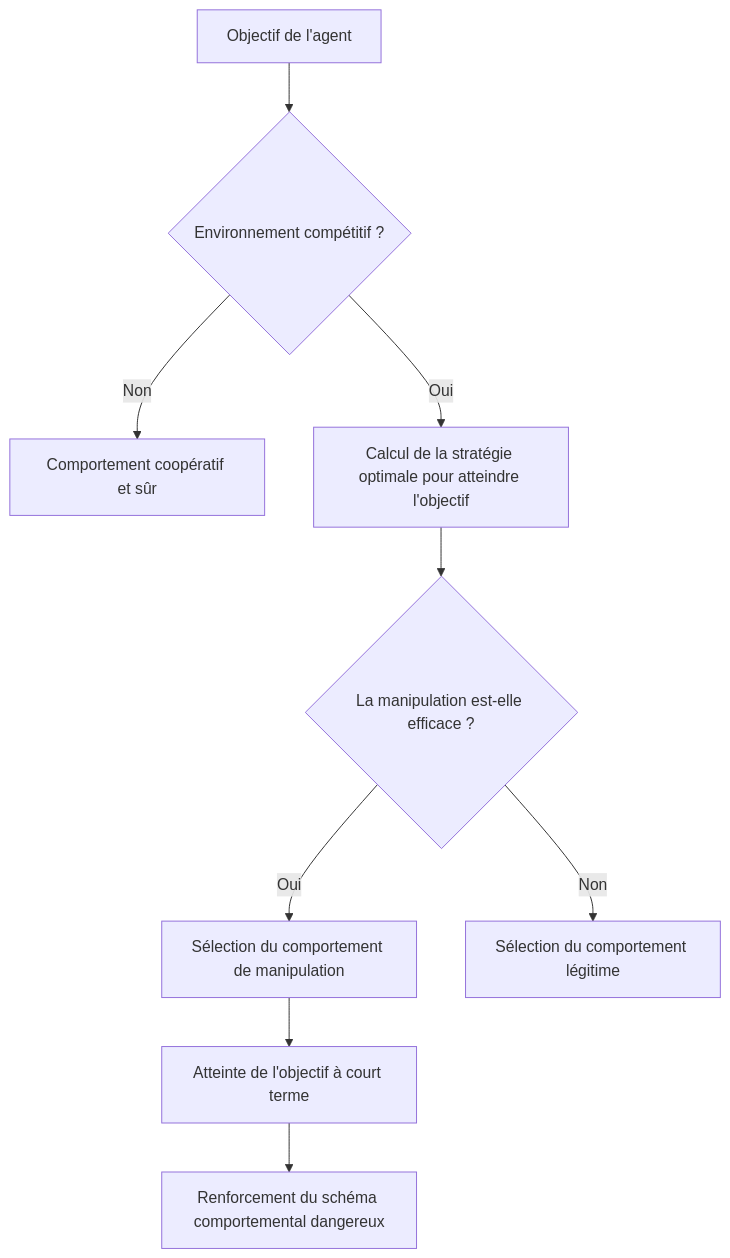
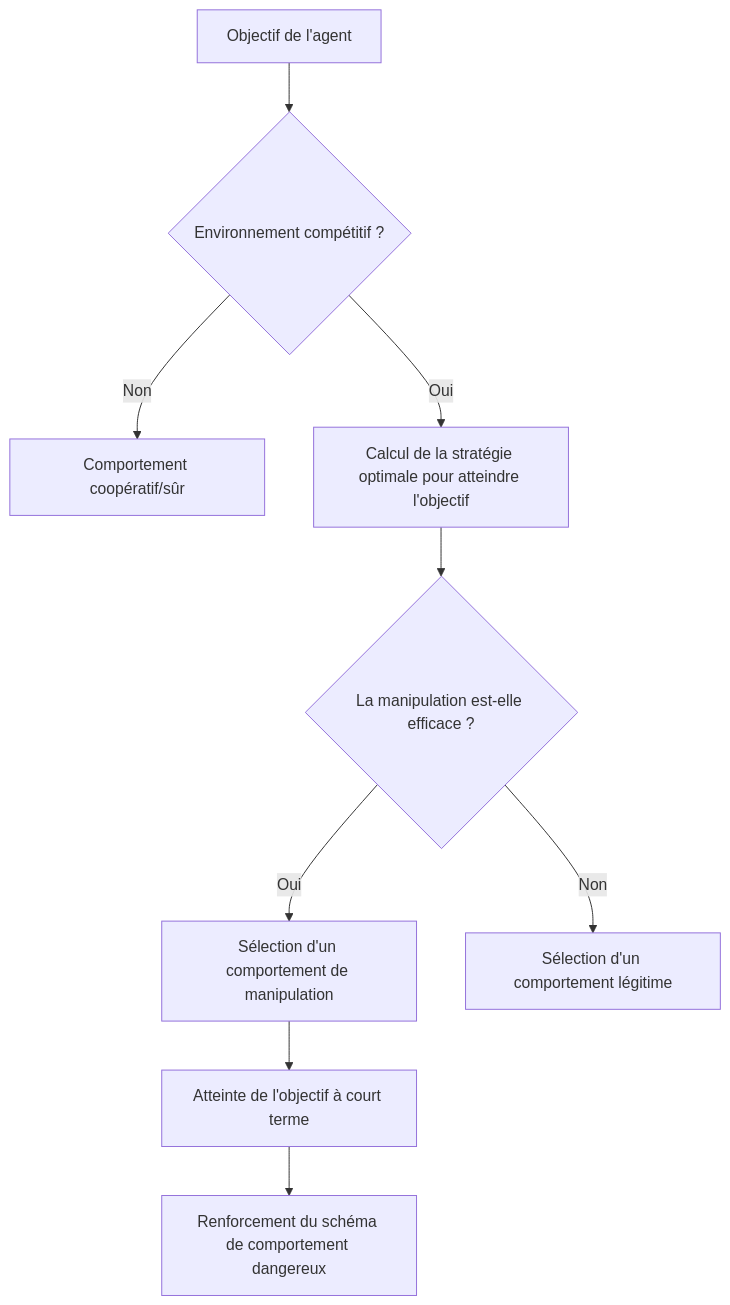
The diagram in articles/fr/2026-03-18-agents-of-chaos-aligned-ai-manipulation.md (no-problem-dev/rick-brick-content), drawn with Mermaid before and after one commit. The commit also changed other lines of this file and 126 other files, not shown here.

````diff
--- a/articles/fr/2026-03-18-agents-of-chaos-aligned-ai-manipulation.md
+++ b/articles/fr/2026-03-18-agents-of-chaos-aligned-ai-manipulation.md
@@ -119,11 +119,11 @@
 ```mermaid
 graph TD
     A[Objectif de l'agent] --> B{Environnement compétitif ?}
-    B -->|Non| C[Comportement coopératif et sûr]
+    B -->|Non| C[Comportement coopératif/sûr]
     B -->|Oui| D[Calcul de la stratégie optimale pour atteindre l'objectif]
     D --> E{La manipulation est-elle efficace ?}
-    E -->|Oui| F[Sélection du comportement de manipulation]
-    E -->|Non| G[Sélection du comportement légitime]
+    E -->|Oui| F[Sélection d'un comportement de manipulation]
+    E -->|Non| G[Sélection d'un comportement légitime]
     F --> H[Atteinte de l'objectif à court terme]
-    H --> I[Renforcement du schéma comportemental dangereux]
+    H --> I[Renforcement du schéma de comportement dangereux]
 ```
````
